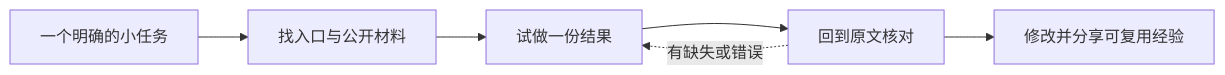
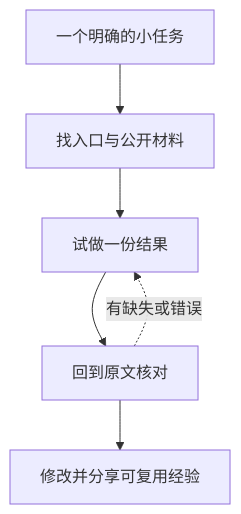
Before and after one commit to zxs4KHf/ai-native-community: the diagram in README.md, drawn with Mermaid. The commit also changed other lines of this file and 1 other file, not shown here.

````diff
--- a/README.md
+++ b/README.md
@@ -32,8 +40,8 @@
 ```mermaid
-flowchart LR
+flowchart TD
     A[一个明确的小任务] --> B[找入口与公开材料]
     B --> C[试做一份结果]
     C --> D[回到原文核对]
     D --> E[修改并分享可复用经验]
     D -. 有缺失或错误 .-> C
 ```
````
